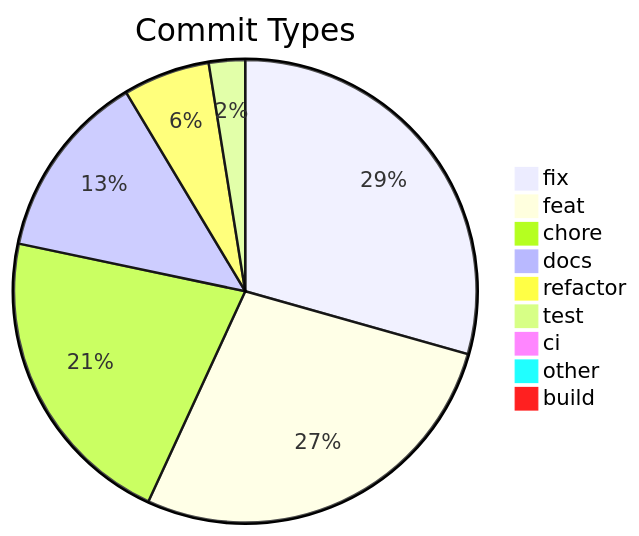
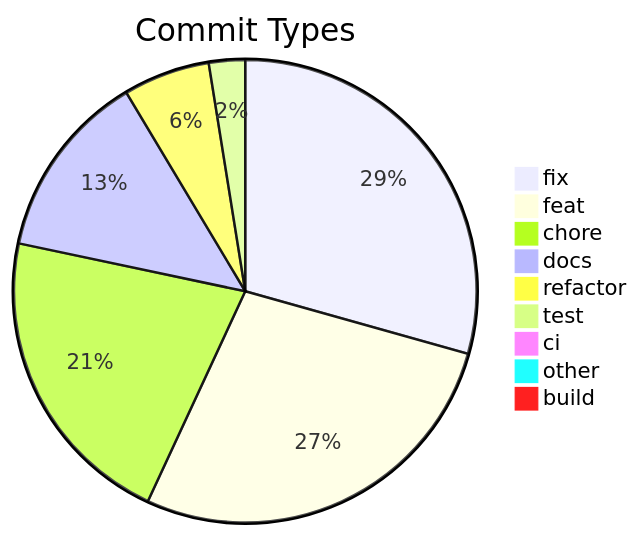
The diagram in .shipwright/compliance/change-history.md (svenroth-ai/shipwright), drawn with Mermaid before and after one commit. The commit also changed other lines of this file and 26 other files, not shown here.

````diff
--- a/.shipwright/compliance/change-history.md
+++ b/.shipwright/compliance/change-history.md
@@ -8,12 +8,12 @@
 ```mermaid
 pie title Commit Types
     "fix" : 325
-    "feat" : 304
+    "feat" : 305
     "chore" : 237
     "docs" : 145
     "refactor" : 67
     "test" : 28
     "ci" : 11
     "other" : 7
     "build" : 1
 ```
````
